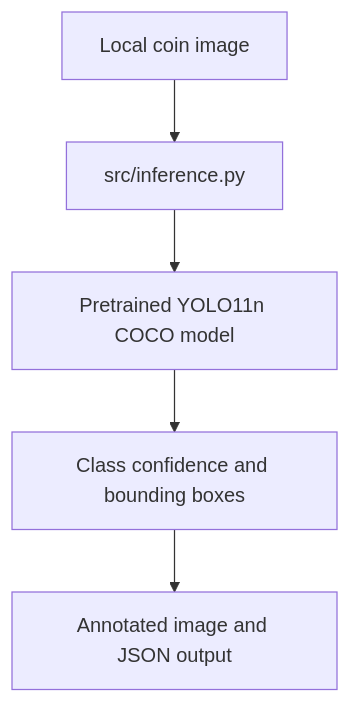
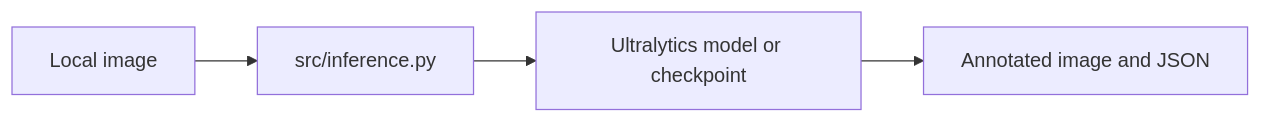
The second of 3 diagrams in docs/ARCHITECTURE.md (Live-Rocks/Coin-AOI), drawn with Mermaid before and after one commit. The commit also changed other lines of this file and 13 other files, not shown here.

````diff
--- a/docs/ARCHITECTURE.md
+++ b/docs/ARCHITECTURE.md
@@ -10,7 +63,6 @@
 ```mermaid
-flowchart TD
-    localImage[Local coin image] --> inference[src/inference.py]
-    inference --> pretrained[Pretrained YOLO11n COCO model]
-    pretrained --> prediction[Class confidence and bounding boxes]
-    prediction --> artifacts[Annotated image and JSON output]
+flowchart LR
+    image["Local image"] --> inference["src/inference.py"]
+    inference --> yolo["Ultralytics model or checkpoint"]
+    yolo --> outputs["Annotated image and JSON"]
 ```
````
